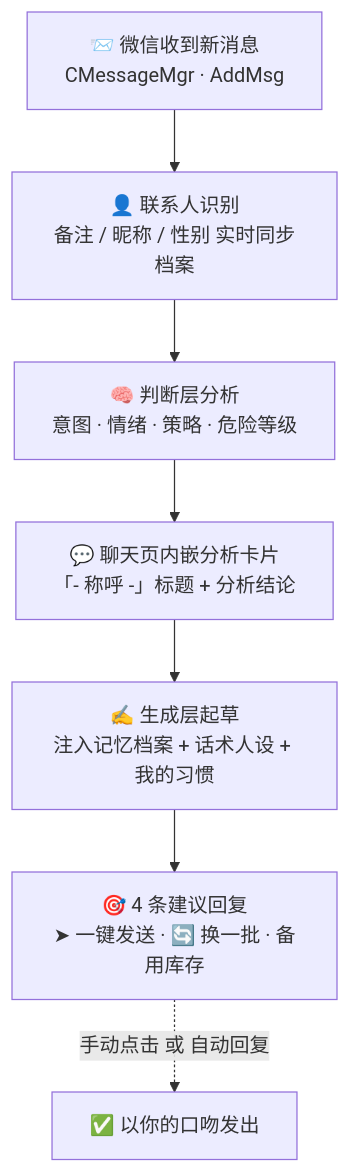
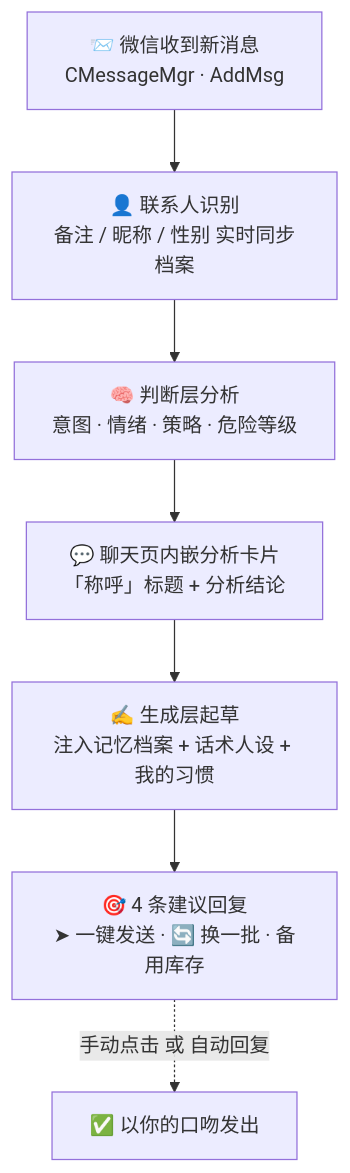
The first of 2 diagrams in README.md (lsp199308/Jev-Chat-for-WeChat), drawn with Mermaid before and after one commit. The commit also changed other lines of this file and 2 other files, not shown here.

````diff
--- a/README.md
+++ b/README.md
@@ -115,9 +113,9 @@
 ```mermaid
 flowchart TB
     A["📨 微信收到新消息<br/>CMessageMgr · AddMsg"] --> B["👤 联系人识别<br/>备注 / 昵称 / 性别 实时同步档案"]
     B --> C["🧠 判断层分析<br/>意图 · 情绪 · 策略 · 危险等级"]
-    C --> D["💬 聊天页内嵌分析卡片<br/>「- 称呼 -」标题 + 分析结论"]
+    C --> D["💬 聊天页内嵌分析卡片<br/>「称呼」标题 + 分析结论"]
     D --> E["✍️ 生成层起草<br/>注入记忆档案 + 话术人设 + 我的习惯"]
     E --> F["🎯 4 条建议回复<br/>➤ 一键发送 · 🔄 换一批 · 备用库存"]
     F -. "手动点击 或 自动回复" .-> G["✅ 以你的口吻发出"]
 ```
````
